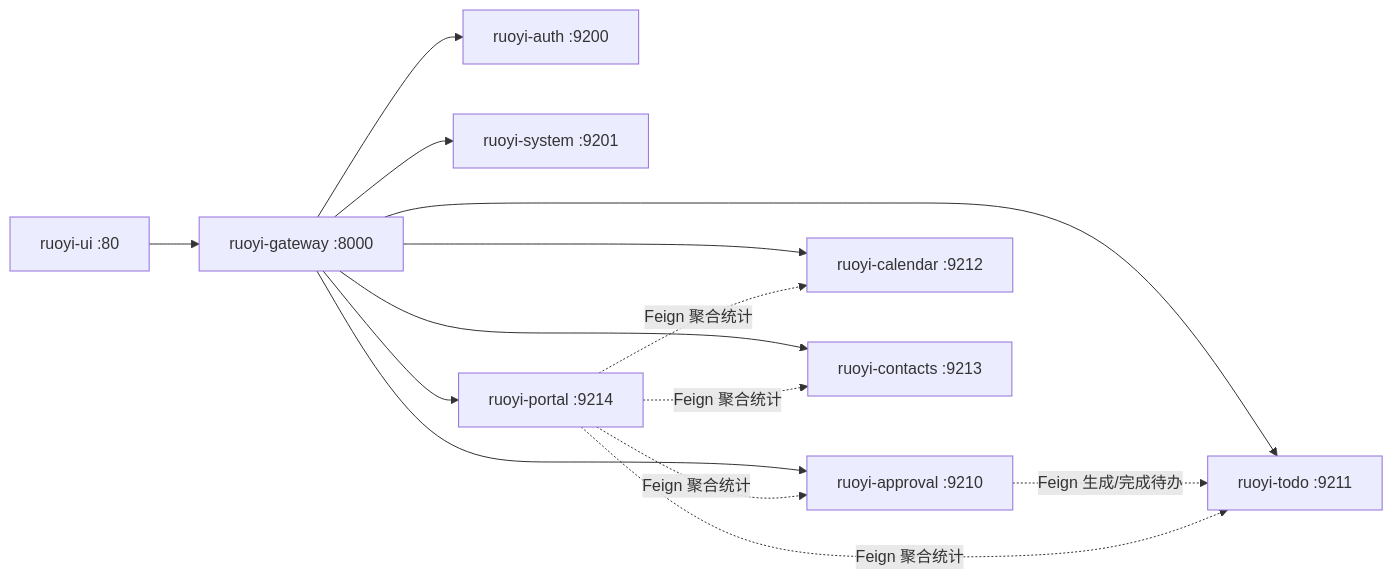
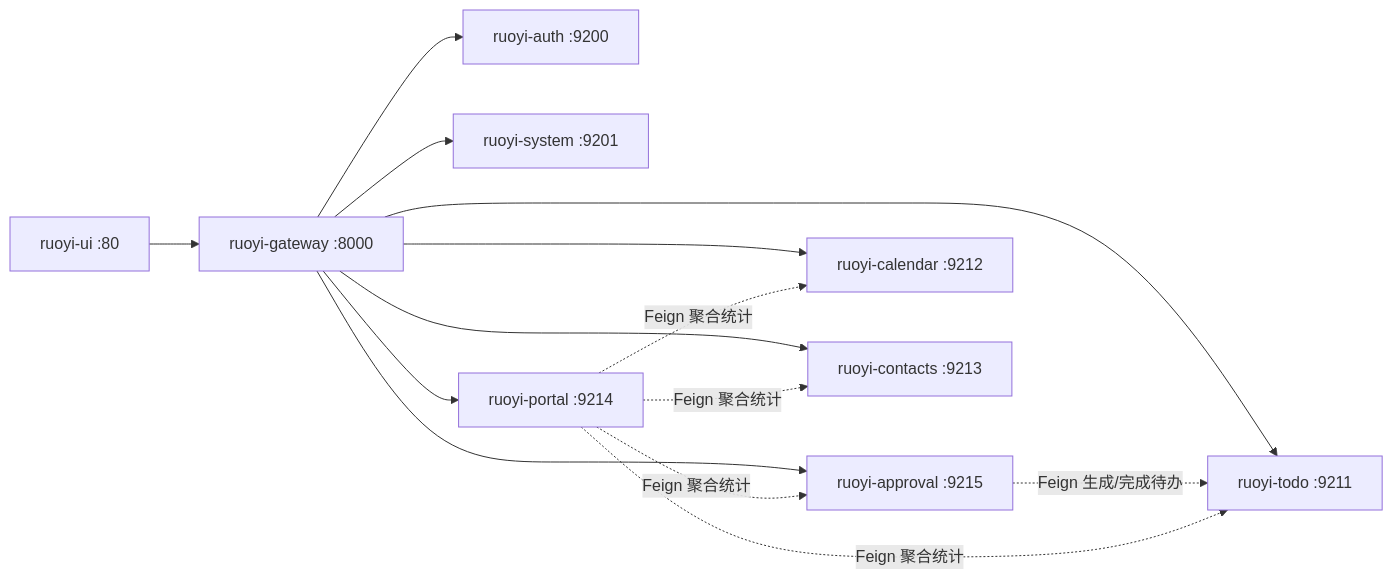
Before and after one commit to ShiroWei/RuoYi-OA-demo: the diagram in README.md, drawn with Mermaid. The commit also changed other lines of this file and 1 other file, not shown here.

````diff
--- a/README.md
+++ b/README.md
@@ -46,16 +46,16 @@
 ```mermaid
 graph LR
     UI[ruoyi-ui :80] --> GW[ruoyi-gateway :8000]
     GW --> AUTH[ruoyi-auth :9200]
     GW --> SYS[ruoyi-system :9201]
-    GW --> AP[ruoyi-approval :9210]
+    GW --> AP[ruoyi-approval :9215]
     GW --> TD[ruoyi-todo :9211]
     GW --> CA[ruoyi-calendar :9212]
     GW --> CO[ruoyi-contacts :9213]
     GW --> PO[ruoyi-portal :9214]
     AP -.Feign 生成/完成待办.-> TD
     PO -.Feign 聚合统计.-> AP
     PO -.Feign 聚合统计.-> TD
     PO -.Feign 聚合统计.-> CA
     PO -.Feign 聚合统计.-> CO
 ```
````
